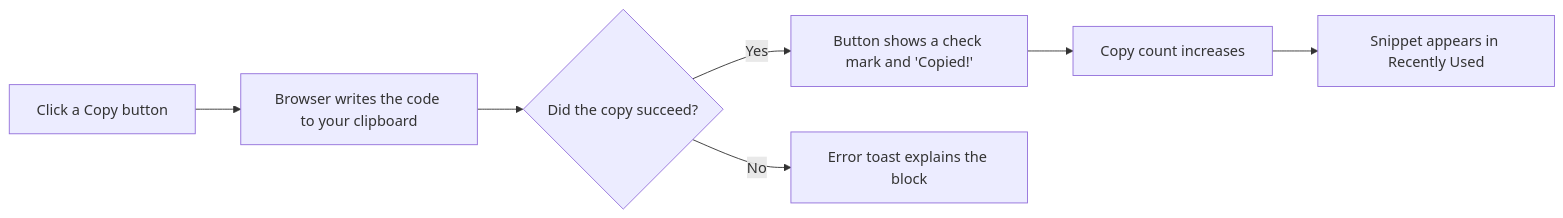
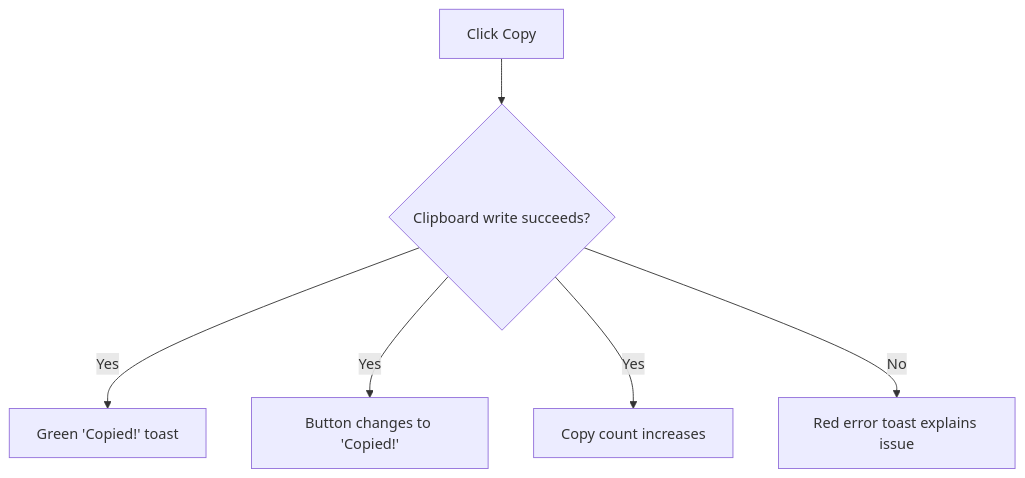
The diagram in api2-documentation/plan_2026-11-02_f8890e/user-facing-docs/copy-to-clipboard.md (Mohita111/API2), drawn with Mermaid before and after one commit. The commit also changed other lines of this file and 13 other files, not shown here.

````diff
--- a/api2-documentation/plan_2026-11-02_f8890e/user-facing-docs/copy-to-clipboard.md
+++ b/api2-documentation/plan_2026-11-02_f8890e/user-facing-docs/copy-to-clipboard.md
@@ -30,9 +22,8 @@
 ```mermaid
-graph LR
-  A[Click a Copy button] --> B[Browser writes the code to your clipboard]
-  B --> C{"Did the copy succeed?"}
-  C -->|Yes| D["Button shows a check mark and 'Copied!'"]
-  D --> E[Copy count increases]
-  E --> F[Snippet appears in Recently Used]
-  C -->|No| G[Error toast explains the block]
+graph TD
+    A[Click Copy] --> B{"Clipboard write succeeds?"}
+    B -- Yes --> C["Green 'Copied!' toast"]
+    B -- Yes --> D["Button changes to 'Copied!'"]
+    B -- Yes --> E[Copy count increases]
+    B -- No --> F["Red error toast explains issue"]
 ```
````
